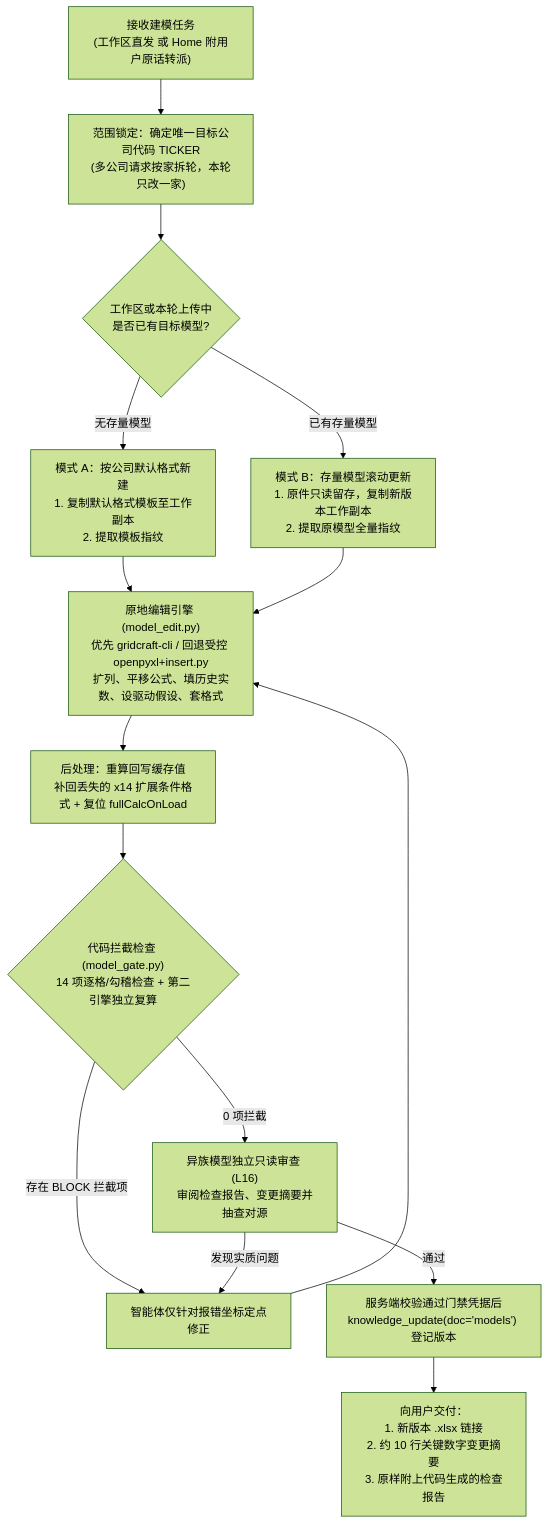
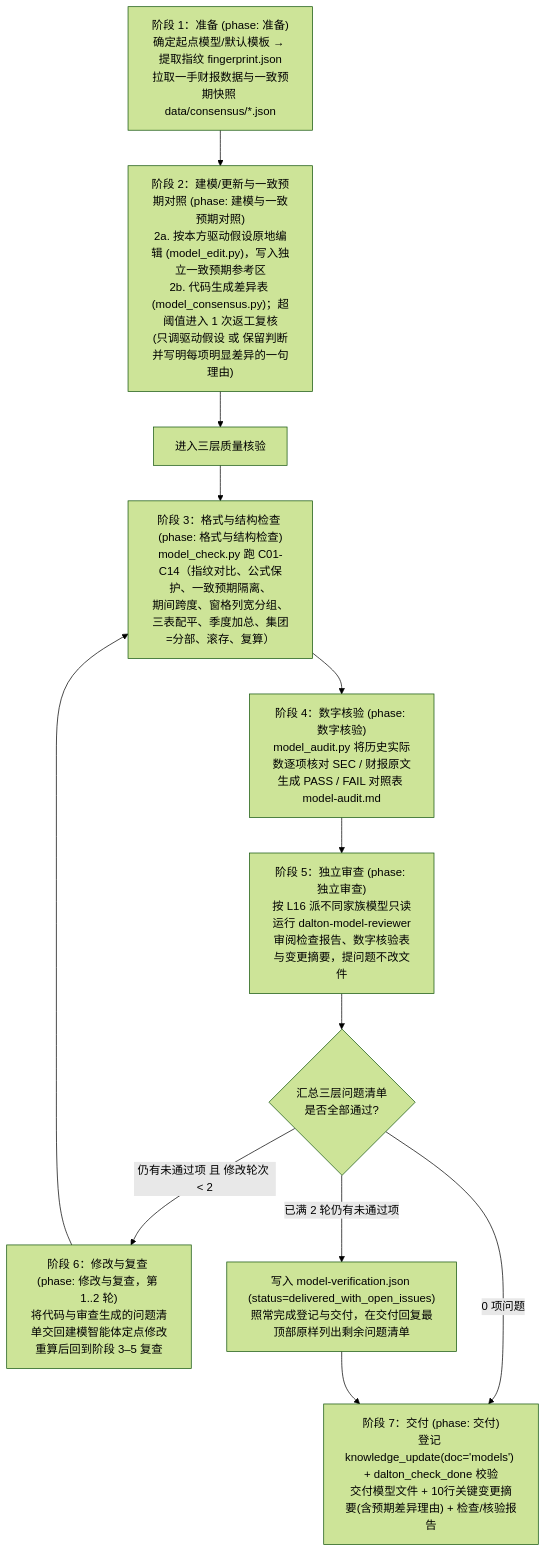
The first of 2 diagrams in docs/dalton/features/modeling-v2.md (everflowinv/dalton-langalpha), drawn with Mermaid (forest theme) before and after one commit. The commit also changed other lines of this file, not shown here.

````diff
--- a/docs/dalton/features/modeling-v2.md
+++ b/docs/dalton/features/modeling-v2.md
@@ -85,16 +102,14 @@
 ```mermaid
 flowchart TD
-    Start["接收建模任务<br/>(工作区直发 或 Home 附用户原话转派)"] --> Scope["范围锁定：确定唯一目标公司代码 TICKER<br/>(多公司请求按家拆轮，本轮只改一家)"]
-    Scope --> Detect{"工作区或本轮上传中<br/>是否已有目标模型?"}
-    Detect -->|"无存量模型"| ModeNew["模式 A：按公司默认格式新建<br/>1. 复制默认格式模板至工作副本<br/>2. 提取模板指纹"]
-    Detect -->|"已有存量模型"| ModeRoll["模式 B：存量模型滚动更新<br/>1. 原件只读留存，复制新版本工作副本<br/>2. 提取原模型全量指纹"]
-    ModeNew --> Edit["原地编辑引擎 (model_edit.py)<br/>优先 gridcraft-cli / 回退受控 openpyxl+insert.py<br/>扩列、平移公式、填历史实数、设驱动假设、套格式"]
-    ModeRoll --> Edit
-    Edit --> PostFix["后处理：重算回写缓存值<br/>补回丢失的 x14 扩展条件格式 + 复位 fullCalcOnLoad"]
-    PostFix --> Gate{"代码拦截检查 (model_gate.py)<br/>14 项逐格/勾稽检查 + 第二引擎独立复算"}
-    Gate -->|"存在 BLOCK 拦截项"| FixLoop["智能体仅针对报错坐标定点修正"] --> Edit
-    Gate -->|"0 项拦截"| Review["异族模型独立只读审查 (L16)<br/>审阅检查报告、变更摘要并抽查对源"]
-    Review -->|"发现实质问题"| FixLoop
-    Review -->|"通过"| Register["服务端校验通过门禁凭据后<br/>knowledge_update(doc='models') 登记版本"]
-    Register --> Reply["向用户交付：<br/>1. 新版本 .xlsx 链接<br/>2. 约 10 行关键数字变更摘要<br/>3. 原样附上代码生成的检查报告"]
+    S1["阶段 1：准备 (phase: 准备)<br/>确定起点模型/默认模板 → 提取指纹 fingerprint.json<br/>拉取一手财报数据与一致预期快照 data/consensus/*.json"] --> S2["阶段 2：建模/更新与一致预期对照 (phase: 建模与一致预期对照)<br/>2a. 按本方驱动假设原地编辑 (model_edit.py)，写入独立一致预期参考区<br/>2b. 代码生成差异表 (model_consensus.py)；超阈值进入 1 次返工复核<br/>(只调驱动假设 或 保留判断并写明每项明显差异的一句理由)"]
+    S2 --> CheckEntry["进入三层质量核验"]
+    CheckEntry --> S3["阶段 3：格式与结构检查 (phase: 格式与结构检查)<br/>model_check.py 跑 C01-C14（指纹对比、公式保护、一致预期隔离、<br/>期间跨度、窗格列宽分组、三表配平、季度加总、集团=分部、滚存、复算）"]
+    S3 --> S4["阶段 4：数字核验 (phase: 数字核验)<br/>model_audit.py 将历史实际数逐项核对 SEC / 财报原文<br/>生成 PASS / FAIL 对照表 model-audit.md"]
+    S4 --> S5["阶段 5：独立审查 (phase: 独立审查)<br/>按 L16 派不同家族模型只读运行 dalton-model-reviewer<br/>审阅检查报告、数字核验表与变更摘要，提问题不改文件"]
+    S5 --> Judge{"汇总三层问题清单<br/>是否全部通过?"}
+    Judge -->|"0 项问题"| S7["阶段 7：交付 (phase: 交付)<br/>登记 knowledge_update(doc='models') + dalton_check_done 校验<br/>交付模型文件 + 10行关键变更摘要(含预期差异理由) + 检查/核验报告"]
+    Judge -->|"仍有未通过项 且 修改轮次 < 2"| S6["阶段 6：修改与复查 (phase: 修改与复查，第 1..2 轮)<br/>将代码与审查生成的问题清单交回建模智能体定点修改<br/>重算后回到阶段 3–5 复查"]
+    S6 --> S3
+    Judge -->|"已满 2 轮仍有未通过项"| DeliverOpen["写入 model-verification.json (status=delivered_with_open_issues)<br/>照常完成登记与交付，在交付回复最顶部原样列出剩余问题清单"]
+    DeliverOpen --> S7
 ```
````
